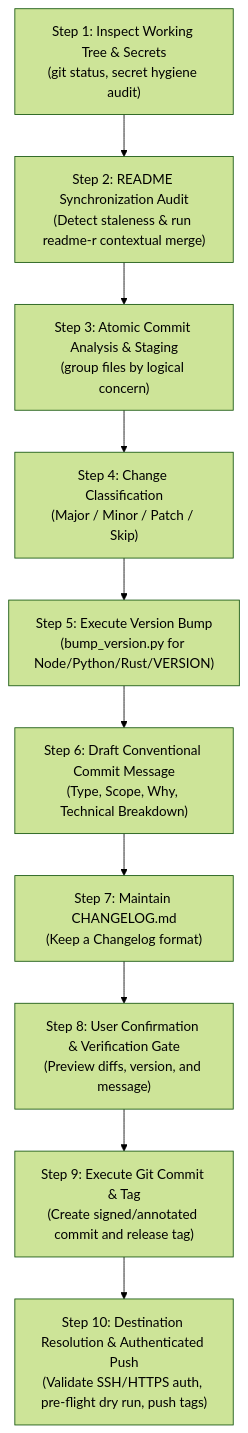
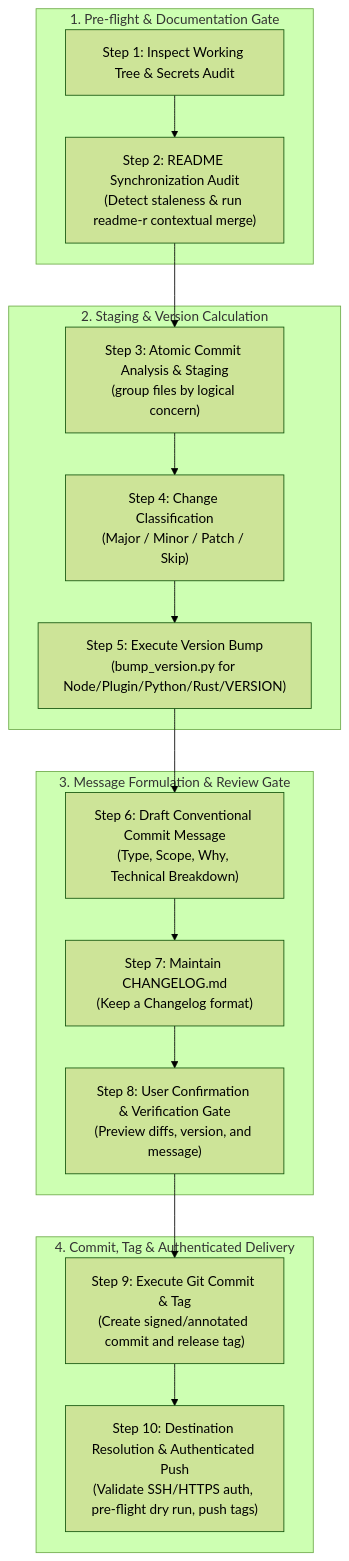
The diagram in skills/commiter/README.md (kemaltombul/git-release-toolkit), drawn with Mermaid (forest theme) before and after one commit. The commit also changed other lines of this file and 2 other files, not shown here.

First line of the commit message:
docs: modernize root and commiter documentation with clean typography and subgraphs

````diff
--- a/skills/commiter/README.md
+++ b/skills/commiter/README.md
@@ -55,12 +57,23 @@
 ```mermaid
 flowchart TD
-    A["Step 1: Inspect Working Tree & Secrets\n(git status, secret hygiene audit)"] --> B["Step 2: README Synchronization Audit\n(Detect staleness & run readme-r contextual merge)"]
-    B --> C["Step 3: Atomic Commit Analysis & Staging\n(group files by logical concern)"]
-    C --> D["Step 4: Change Classification\n(Major / Minor / Patch / Skip)"]
-    D --> E["Step 5: Execute Version Bump\n(bump_version.py for Node/Python/Rust/VERSION)"]
-    E --> F["Step 6: Draft Conventional Commit Message\n(Type, Scope, Why, Technical Breakdown)"]
-    F --> G["Step 7: Maintain CHANGELOG.md\n(Keep a Changelog format)"]
-    G --> H["Step 8: User Confirmation & Verification Gate\n(Preview diffs, version, and message)"]
-    H --> I["Step 9: Execute Git Commit & Tag\n(Create signed/annotated commit and release tag)"]
-    I --> J["Step 10: Destination Resolution & Authenticated Push\n(Validate SSH/HTTPS auth, pre-flight dry run, push tags)"]
+    subgraph Phase1["1. Pre-flight & Documentation Gate"]
+        A["Step 1: Inspect Working Tree & Secrets Audit"] --> B["Step 2: README Synchronization Audit\n(Detect staleness & run readme-r contextual merge)"]
+    end
+
+    subgraph Phase2["2. Staging & Version Calculation"]
+        B --> C["Step 3: Atomic Commit Analysis & Staging\n(group files by logical concern)"]
+        C --> D["Step 4: Change Classification\n(Major / Minor / Patch / Skip)"]
+        D --> E["Step 5: Execute Version Bump\n(bump_version.py for Node/Plugin/Python/Rust/VERSION)"]
+    end
+
+    subgraph Phase3["3. Message Formulation & Review Gate"]
+        E --> F["Step 6: Draft Conventional Commit Message\n(Type, Scope, Why, Technical Breakdown)"]
+        F --> G["Step 7: Maintain CHANGELOG.md\n(Keep a Changelog format)"]
+        G --> H["Step 8: User Confirmation & Verification Gate\n(Preview diffs, version, and message)"]
+    end
+
+    subgraph Phase4["4. Commit, Tag & Authenticated Delivery"]
+        H --> I["Step 9: Execute Git Commit & Tag\n(Create signed/annotated commit and release tag)"]
+        I --> J["Step 10: Destination Resolution & Authenticated Push\n(Validate SSH/HTTPS auth, pre-flight dry run, push tags)"]
+    end
 ```
````
